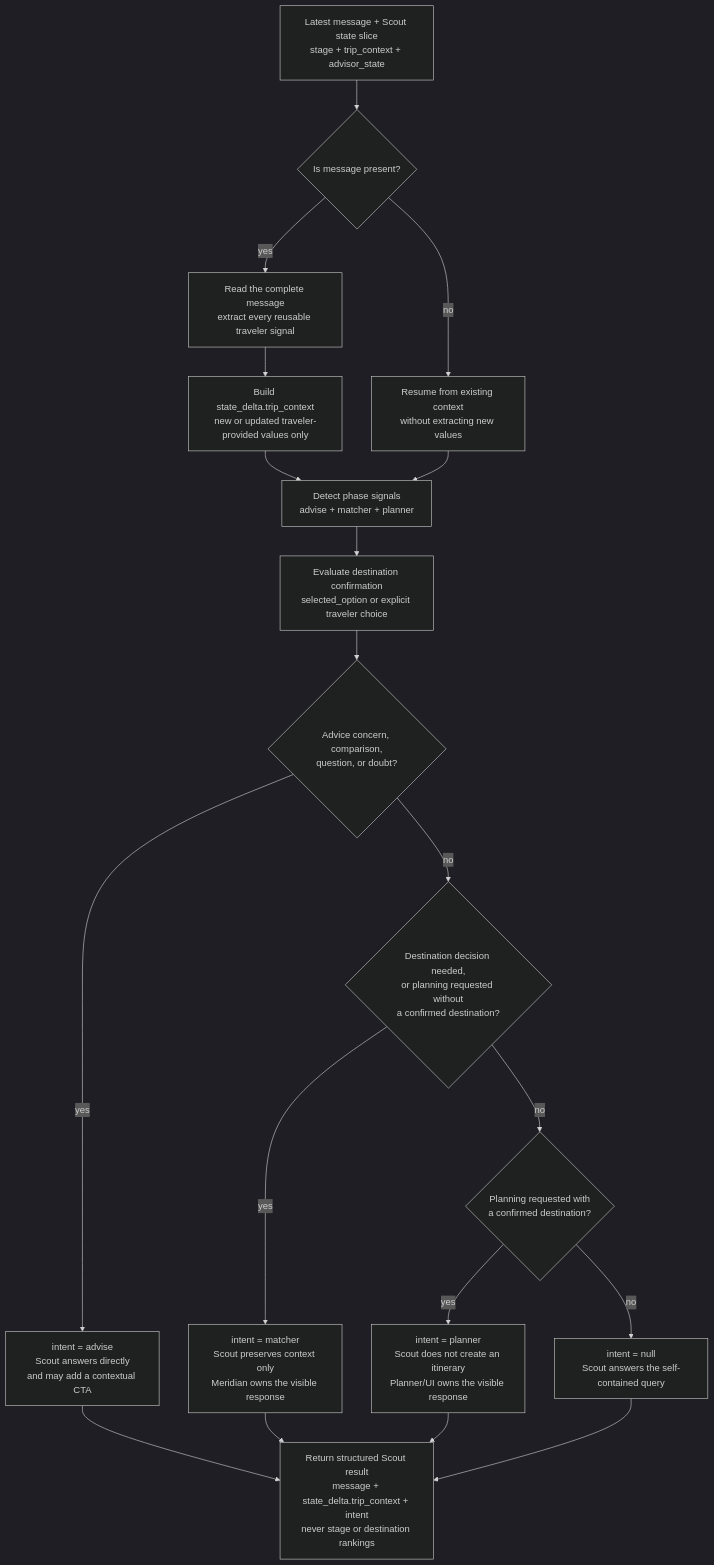
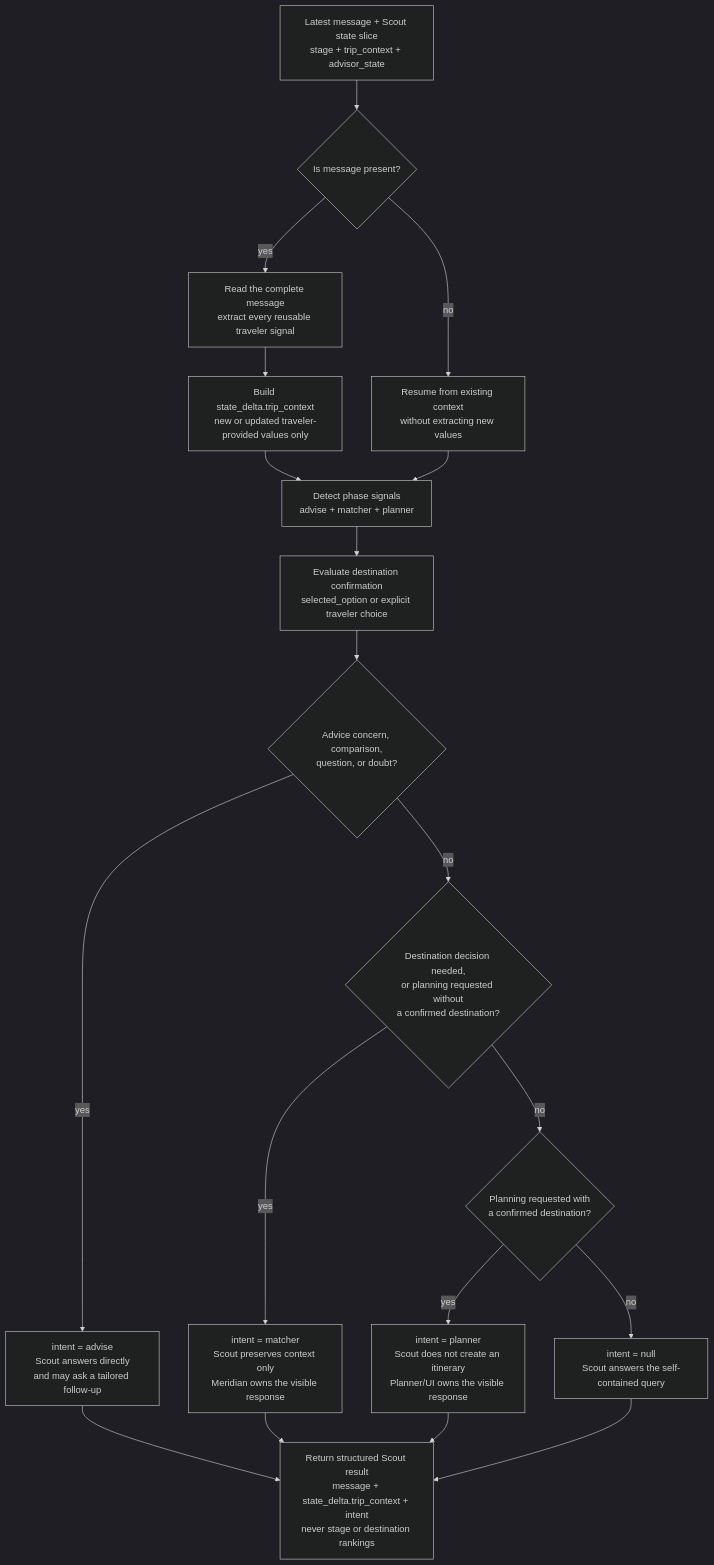
One commit to agarwalnaina1496/TWM_Docs changed the second of 2 diagrams in README.md. Above: the diagram before and after it, drawn with Mermaid (dark theme). The commit also changed other lines of this file and 9 other files, not shown here.

````diff
--- a/README.md
+++ b/README.md
@@ -44,30 +55,30 @@
 ```mermaid
 flowchart TB
     Input["Latest message + Scout state slice<br/>stage + trip_context + advisor_state"]
     HasMessage{"Is message present?"}
     Extract["Read the complete message<br/>extract every reusable traveler signal"]
     Delta["Build state_delta.trip_context<br/>new or updated traveler-provided values only"]
     Resume["Resume from existing context<br/>without extracting new values"]
     Detect["Detect phase signals<br/>advise + matcher + planner"]
     Confirm["Evaluate destination confirmation<br/>selected_option or explicit traveler choice"]
     Advice{"Advice concern, comparison,<br/>question, or doubt?"}
     Match{"Destination decision needed,<br/>or planning requested without<br/>a confirmed destination?"}
     Plan{"Planning requested with<br/>a confirmed destination?"}
 
-    Advise["intent = advise<br/>Scout answers directly<br/>and may add a contextual CTA"]
+    Advise["intent = advise<br/>Scout answers directly<br/>and may ask a tailored follow-up"]
     Matcher["intent = matcher<br/>Scout preserves context only<br/>Meridian owns the visible response"]
     Planner["intent = planner<br/>Scout does not create an itinerary<br/>Planner/UI owns the visible response"]
     Direct["intent = null<br/>Scout answers the self-contained query"]
     Output["Return structured Scout result<br/>message + state_delta.trip_context + intent<br/>never stage or destination rankings"]
 
     Input --> HasMessage
     HasMessage -->|yes| Extract --> Delta --> Detect
     HasMessage -->|no| Resume --> Detect
     Detect --> Confirm --> Advice
     Advice -->|yes| Advise --> Output
     Advice -->|no| Match
     Match -->|yes| Matcher --> Output
     Match -->|no| Plan
     Plan -->|yes| Planner --> Output
     Plan -->|no| Direct --> Output
 ```
````
